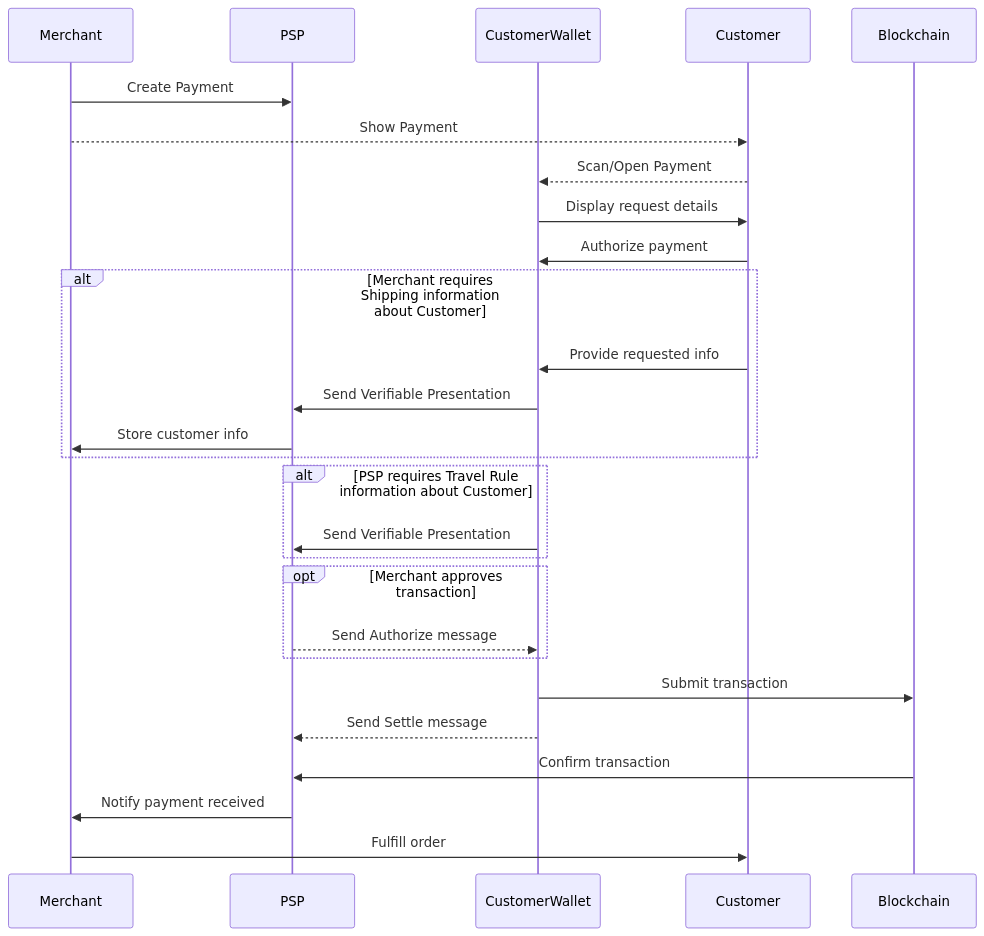
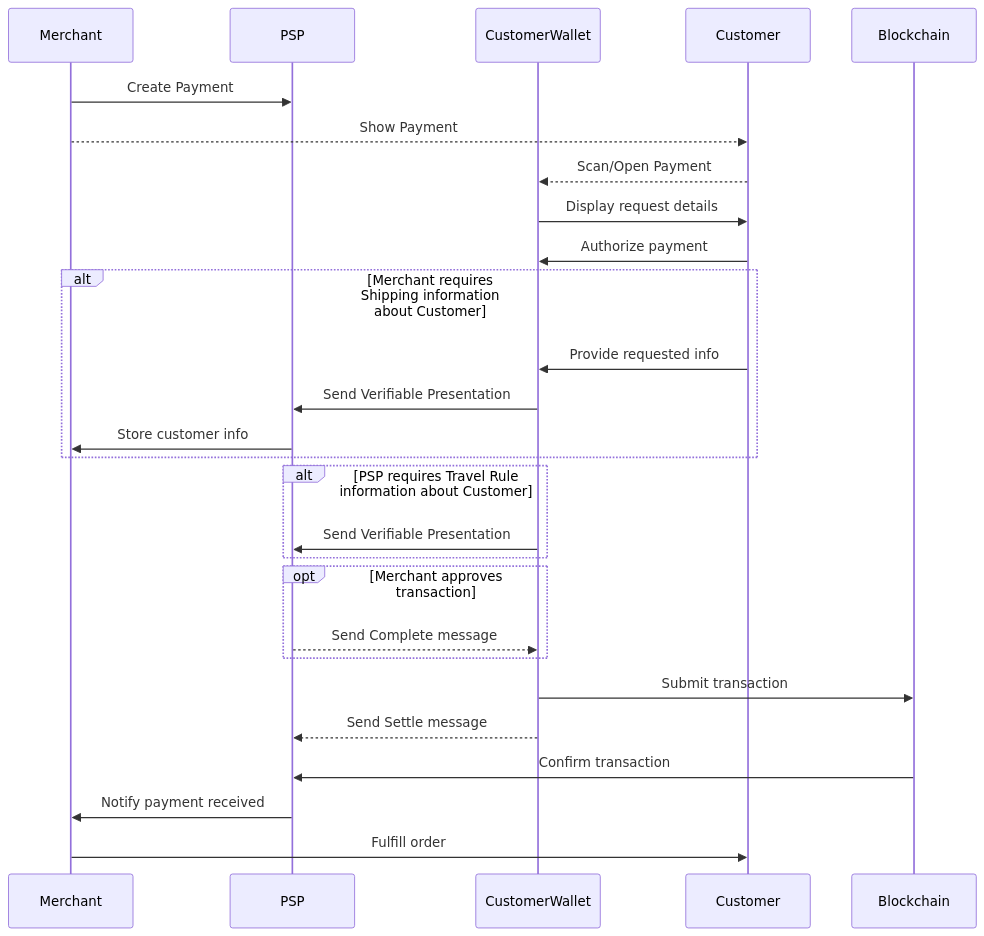
Before and after one commit to TransactionAuthorizationProtocol/TAIPs: the third of 4 diagrams in TAIPs/taip-14.md, drawn with Mermaid. The commit also changed other lines of this file and 5 other files, not shown here.

First line of the commit message:
Add Complete message and update Settle message with amount field

````diff
--- a/TAIPs/taip-14.md
+++ b/TAIPs/taip-14.md
@@ -98,34 +108,34 @@
 ```mermaid
 sequenceDiagram
     participant Merchant
     participant PSP
     participant CustomerWallet
     participant Customer
     participant Blockchain
 
     Merchant->>PSP: Create Payment
     Merchant-->>Customer: Show Payment
     Customer -->> CustomerWallet: Scan/Open Payment
     CustomerWallet->>Customer: Display request details
     Customer->>CustomerWallet: Authorize payment
 
     alt Merchant requires Shipping information about Customer
         Customer->>CustomerWallet: Provide requested info
         CustomerWallet->>PSP: Send Verifiable Presentation
         PSP->>Merchant: Store customer info
     end
 
     alt PSP requires Travel Rule information about Customer
         CustomerWallet->>PSP: Send Verifiable Presentation
     end
 
     opt Merchant approves transaction
-        PSP-->>CustomerWallet: Send Authorize message
+        PSP-->>CustomerWallet: Send Complete message
     end
 
     CustomerWallet->>Blockchain: Submit transaction
     CustomerWallet-->>PSP: Send Settle message
     Blockchain->>PSP: Confirm transaction
     PSP->>Merchant: Notify payment received
     Merchant->>Customer: Fulfill order
 ```
````
